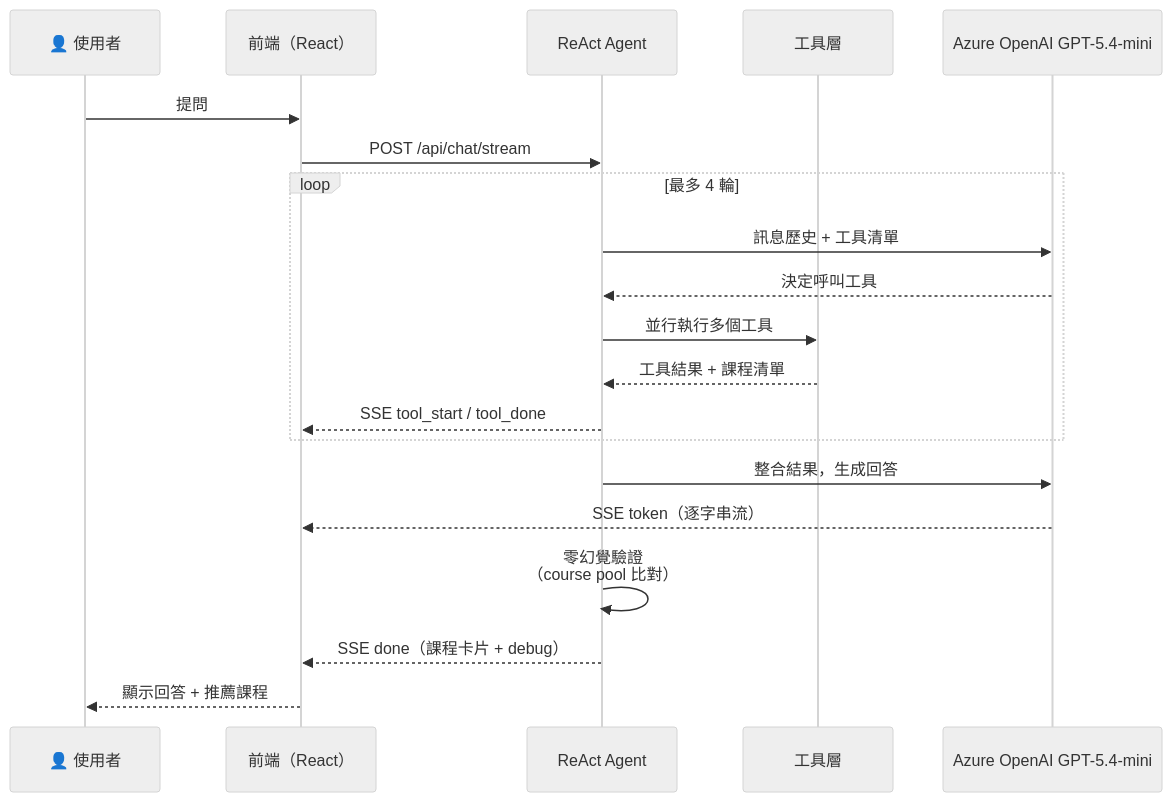
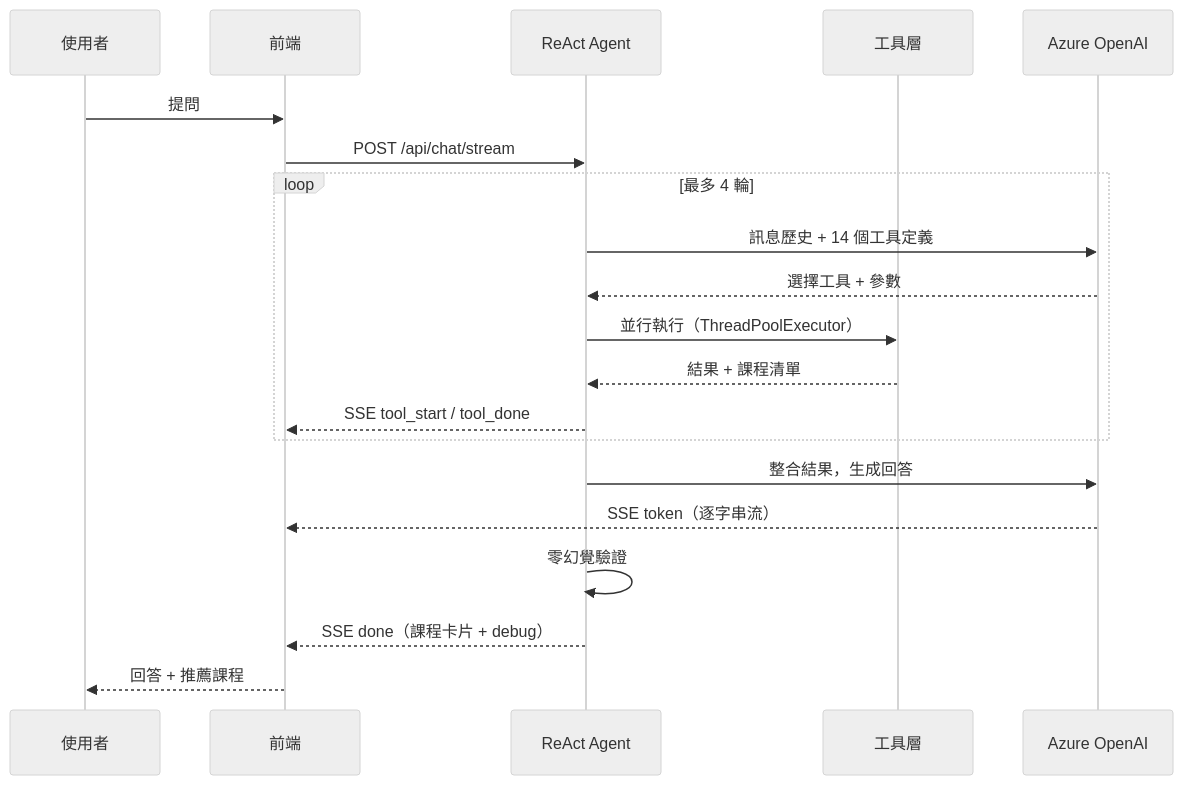
The seventh of 10 diagrams in docs/06-midterm-report/midterm-report.md (77JoyWang77/NCU_AI_Guidance), drawn with Mermaid (neutral theme) before and after one commit. The commit also changed other lines of this file and 15 other files, not shown here.

````diff
--- a/docs/06-midterm-report/midterm-report.md
+++ b/docs/06-midterm-report/midterm-report.md
@@ -428,25 +410,25 @@
 ```mermaid
 sequenceDiagram
-    participant User as 👤 使用者
-    participant FE as 前端（React）
+    participant User as 使用者
+    participant FE as 前端
     participant Agent as ReAct Agent
-    participant Tool as 工具層
-    participant LLM as Azure OpenAI GPT-5.4-mini
+    participant Tools as 工具層
+    participant LLM as Azure OpenAI
 
     User ->> FE: 提問
     FE ->> Agent: POST /api/chat/stream
 
     loop 最多 4 輪
-        Agent ->> LLM: 訊息歷史 + 工具清單
-        LLM -->> Agent: 決定呼叫工具
-        Agent ->> Tool: 並行執行多個工具
-        Tool -->> Agent: 工具結果 + 課程清單
+        Agent ->> LLM: 訊息歷史 + 14 個工具定義
+        LLM -->> Agent: 選擇工具 + 參數
+        Agent ->> Tools: 並行執行（ThreadPoolExecutor）
+        Tools -->> Agent: 結果 + 課程清單
         Agent -->> FE: SSE tool_start / tool_done
     end
 
     Agent ->> LLM: 整合結果，生成回答
     LLM -->> FE: SSE token（逐字串流）
-    Agent ->> Agent: 零幻覺驗證<br/>（course pool 比對）
+    Agent ->> Agent: 零幻覺驗證
     Agent -->> FE: SSE done（課程卡片 + debug）
-    FE -->> User: 顯示回答 + 推薦課程
+    FE -->> User: 回答 + 推薦課程
 ```
````
